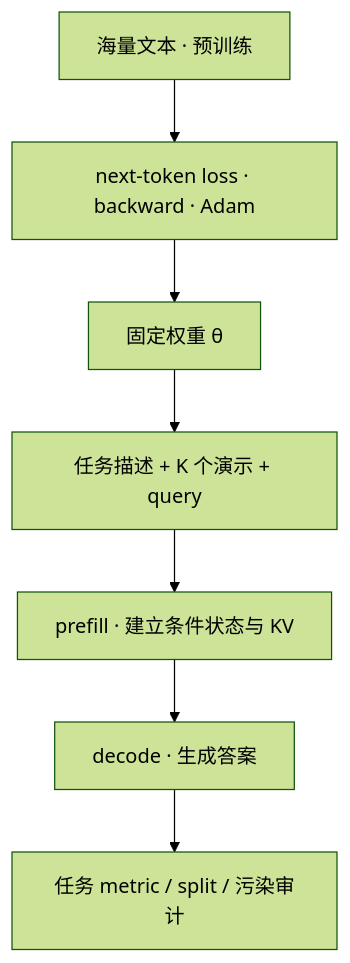
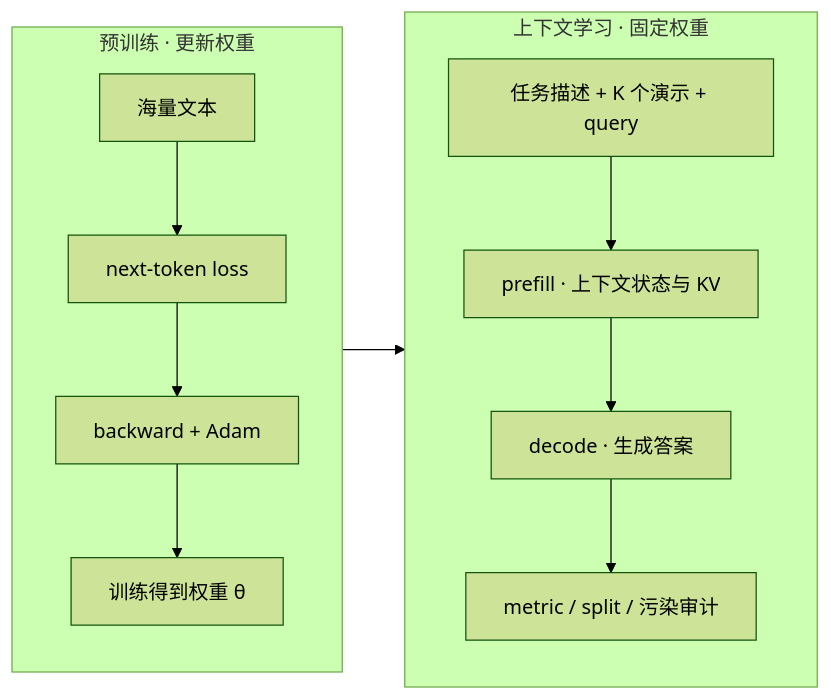
The diagram in papers/gpt3/assets/generated/loops.mmd (HowieYin/howieyin.github.io), drawn with Mermaid (forest theme) before and after one commit. The commit also changed 11 other files, not shown here.

First line of the commit message:
paper: improve GPT-3 figure and diagram readability

```diff
--- a/papers/gpt3/assets/generated/loops.mmd
+++ b/papers/gpt3/assets/generated/loops.mmd
@@ -1,7 +1,15 @@
-flowchart TD
- A["海量文本 · 预训练"] --> B["next-token loss · backward · Adam"]
- B --> C["固定权重 θ"]
- C --> D["任务描述 + K 个演示 + query"]
- D --> E["prefill · 建立条件状态与 KV"]
+flowchart LR
+ subgraph TRAIN["预训练 · 更新权重"]
+ direction TB
+ A["海量文本"] --> B["next-token loss"]
+ B --> C["backward + Adam"]
+ C --> W["训练得到权重 θ"]
+ end
+ subgraph INFER["上下文学习 · 固定权重"]
+ direction TB
+ D["任务描述 + K 个演示 + query"]
+ D --> E["prefill · 上下文状态与 KV"]
  E --> F["decode · 生成答案"]
- F --> G["任务 metric / split / 污染审计"]
+ F --> G["metric / split / 污染审计"]
+ end
+ TRAIN --> INFER
```
